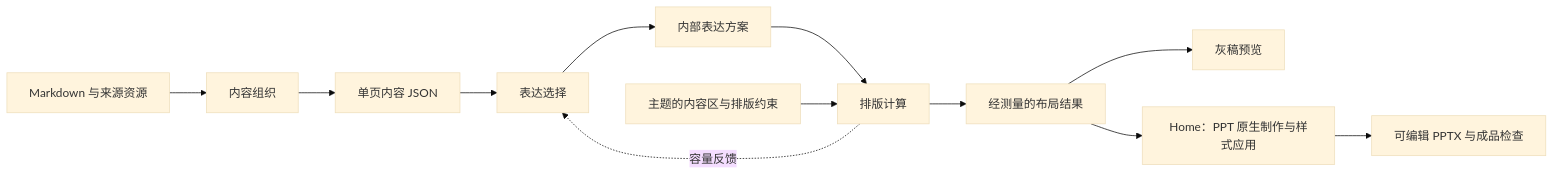
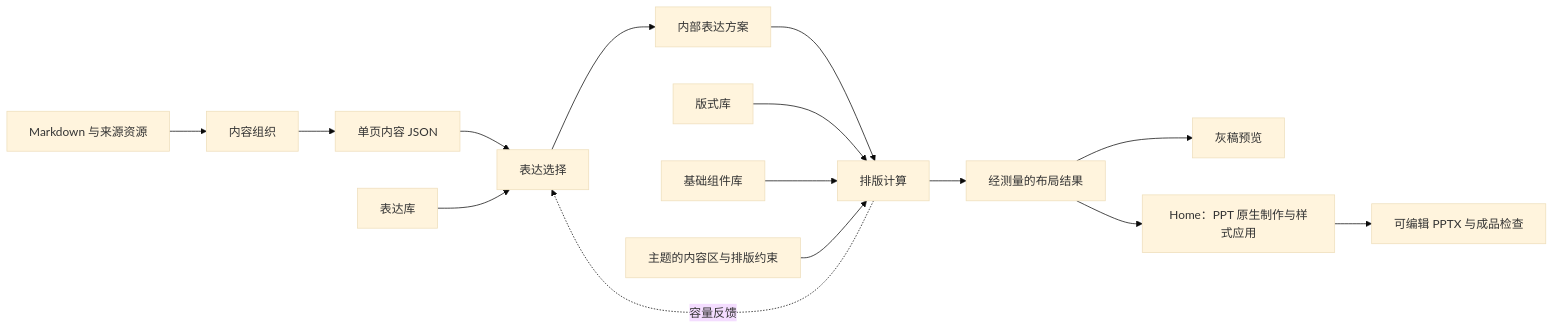
One commit to NEUwpy/PPagenT changed the diagram in docs/架构.md. Above: the diagram before and after it, drawn with Mermaid (base theme). The commit also changed other lines of this file and 11 other files, not shown here.

````diff
--- a/docs/架构.md
+++ b/docs/架构.md
@@ -7,14 +7,17 @@
 ```mermaid
 flowchart LR
     A[Markdown 与来源资源] --> P[内容组织]
     P --> S[单页内容 JSON]
     S --> V[表达选择]
+    E1[表达库] --> V
     V --> X[内部表达方案]
     X --> D[排版计算]
+    E2[版式库] --> D
+    E3[基础组件库] --> D
     T[主题的内容区与排版约束] --> D
     D -. 容量反馈 .-> V
     D --> L[经测量的布局结果]
     L --> E[灰稿预览]
     L --> F[Home：PPT 原生制作与样式应用]
     F --> G[可编辑 PPTX 与成品检查]
 ```
````
